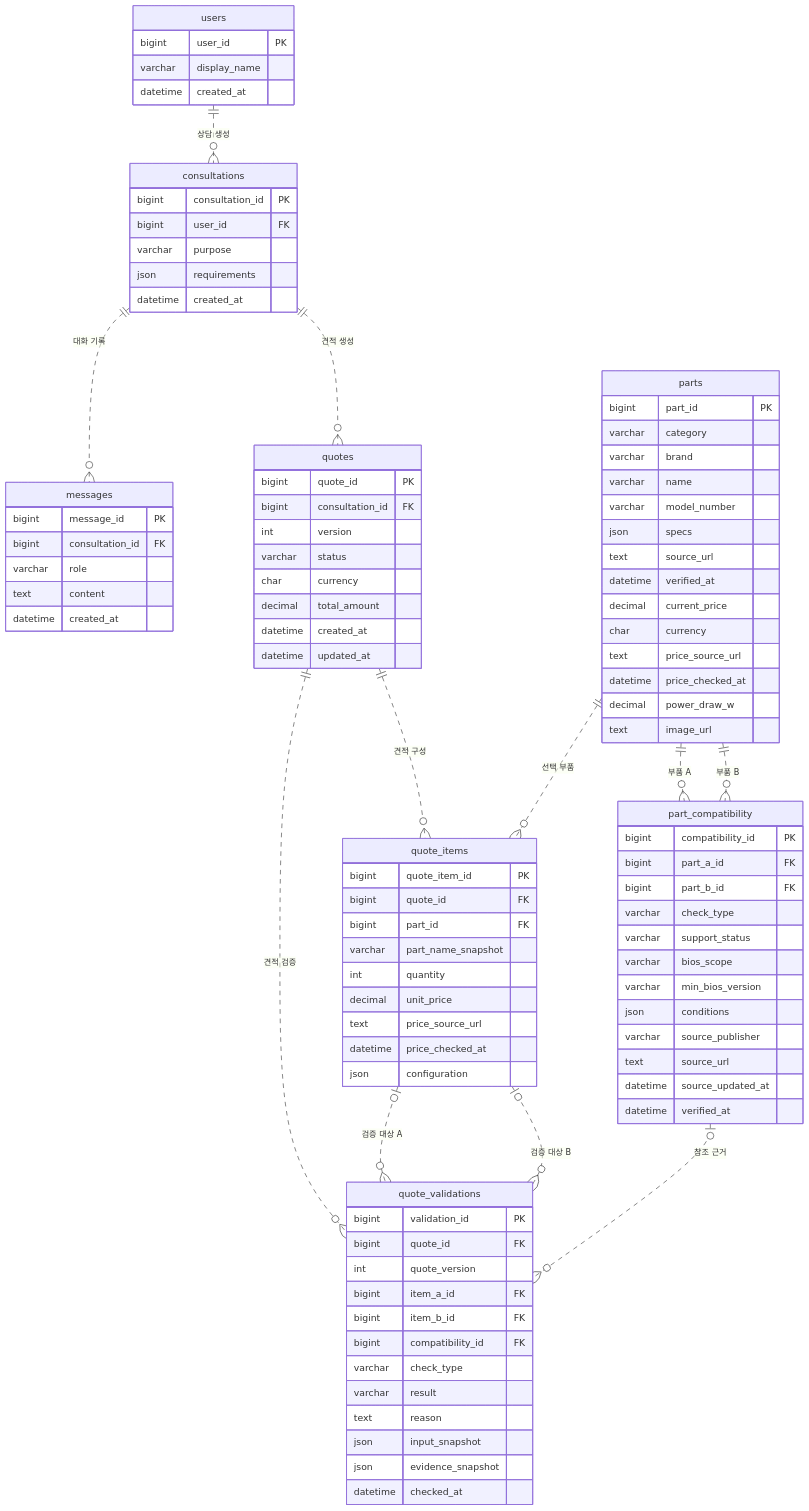
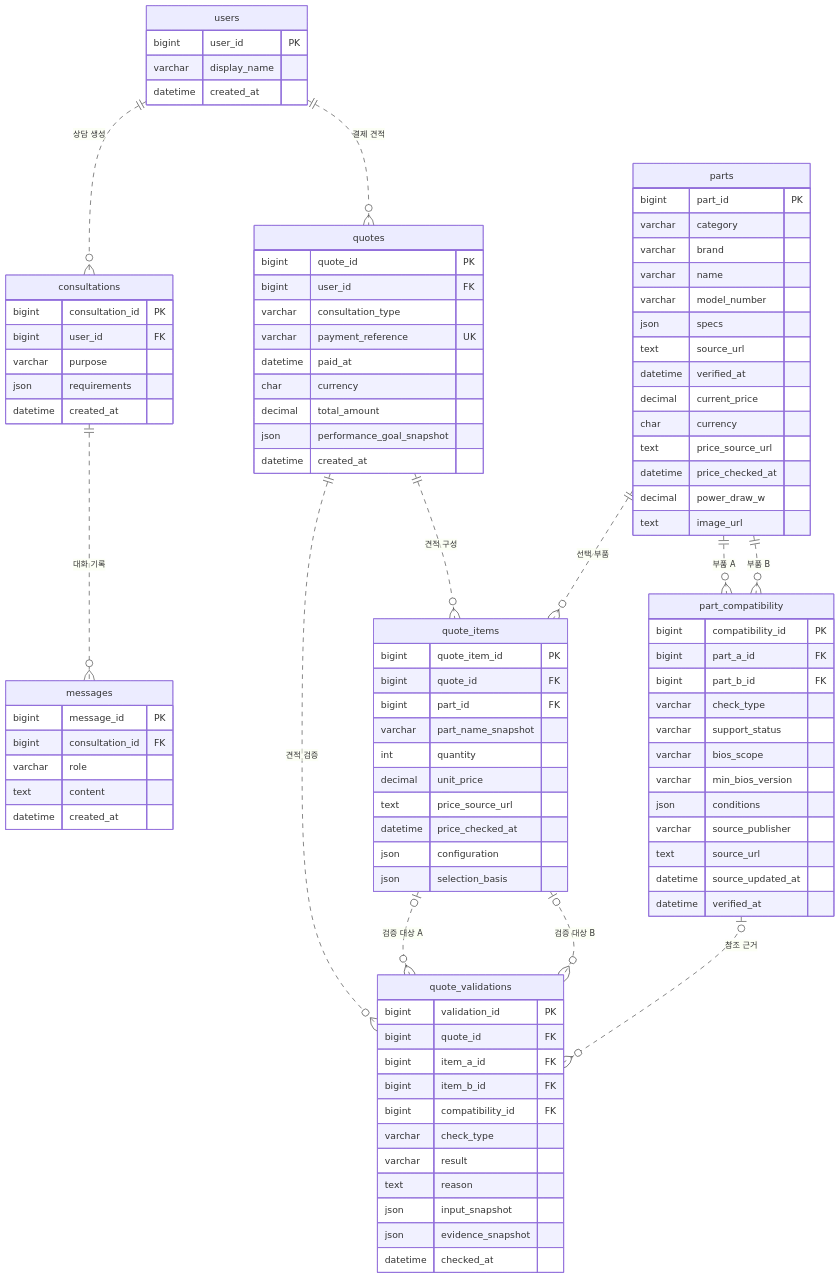
Before and after one commit to SKNETWORKS-FAMILY-AICAMP/SKN35-FINAL-6TEAM: the diagram in docs/database/erd/schema.mmd, drawn with Mermaid. The commit also changed 15 other files, not shown here.

```diff
--- a/docs/database/erd/schema.mmd
+++ b/docs/database/erd/schema.mmd
@@ -1,96 +1,97 @@
 erDiagram
     users {
         bigint user_id PK
         varchar display_name
         datetime created_at
     }
     consultations {
         bigint consultation_id PK
         bigint user_id FK
         varchar purpose
         json requirements
         datetime created_at
     }
     messages {
         bigint message_id PK
         bigint consultation_id FK
         varchar role
         text content
         datetime created_at
     }
     parts {
         bigint part_id PK
         varchar category
         varchar brand
         varchar name
         varchar model_number
         json specs
         text source_url
         datetime verified_at
         decimal current_price
         char currency
         text price_source_url
         datetime price_checked_at
         decimal power_draw_w
         text image_url
     }
     quotes {
         bigint quote_id PK
-        bigint consultation_id FK
-        int version
-        varchar status
+        bigint user_id FK
+        varchar consultation_type
+        varchar payment_reference UK
+        datetime paid_at
         char currency
         decimal total_amount
+        json performance_goal_snapshot
         datetime created_at
-        datetime updated_at
     }
     quote_items {
         bigint quote_item_id PK
         bigint quote_id FK
         bigint part_id FK
         varchar part_name_snapshot
         int quantity
         decimal unit_price
         text price_source_url
         datetime price_checked_at
         json configuration
+        json selection_basis
     }
     part_compatibility {
         bigint compatibility_id PK
         bigint part_a_id FK
         bigint part_b_id FK
         varchar check_type
         varchar support_status
         varchar bios_scope
         varchar min_bios_version
         json conditions
         varchar source_publisher
         text source_url
         datetime source_updated_at
         datetime verified_at
     }
     quote_validations {
         bigint validation_id PK
         bigint quote_id FK
-        int quote_version
         bigint item_a_id FK
         bigint item_b_id FK
         bigint compatibility_id FK
         varchar check_type
         varchar result
         text reason
         json input_snapshot
         json evidence_snapshot
         datetime checked_at
     }
     users ||..o{ consultations : "상담 생성"
     consultations ||..o{ messages : "대화 기록"
-    consultations ||..o{ quotes : "견적 생성"
+    users ||..o{ quotes : "결제 견적"
     quotes ||..o{ quote_items : "견적 구성"
     parts ||..o{ quote_items : "선택 부품"
     parts ||..o{ part_compatibility : "부품 A"
     parts ||..o{ part_compatibility : "부품 B"
     quotes ||..o{ quote_validations : "견적 검증"
     quote_items |o..o{ quote_validations : "검증 대상 A"
     quote_items |o..o{ quote_validations : "검증 대상 B"
     part_compatibility |o..o{ quote_validations : "참조 근거"
```
